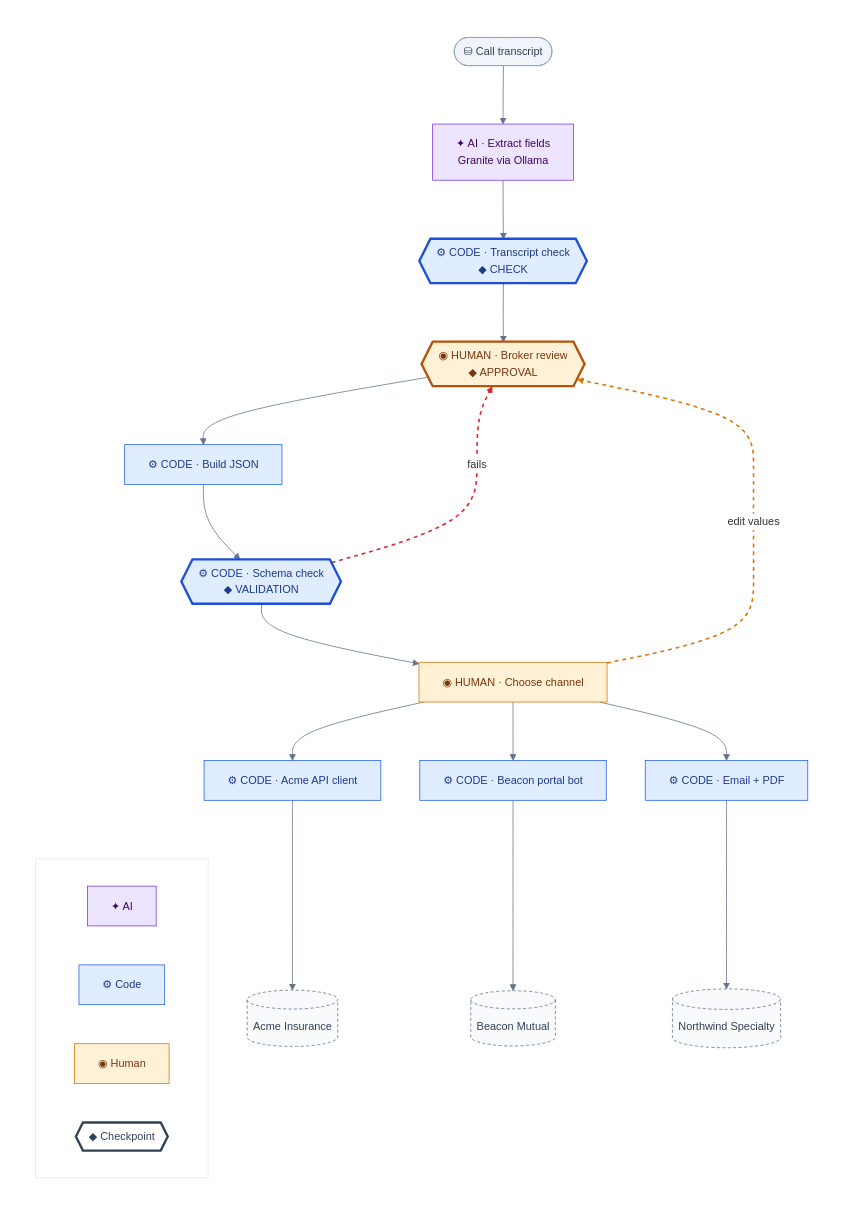
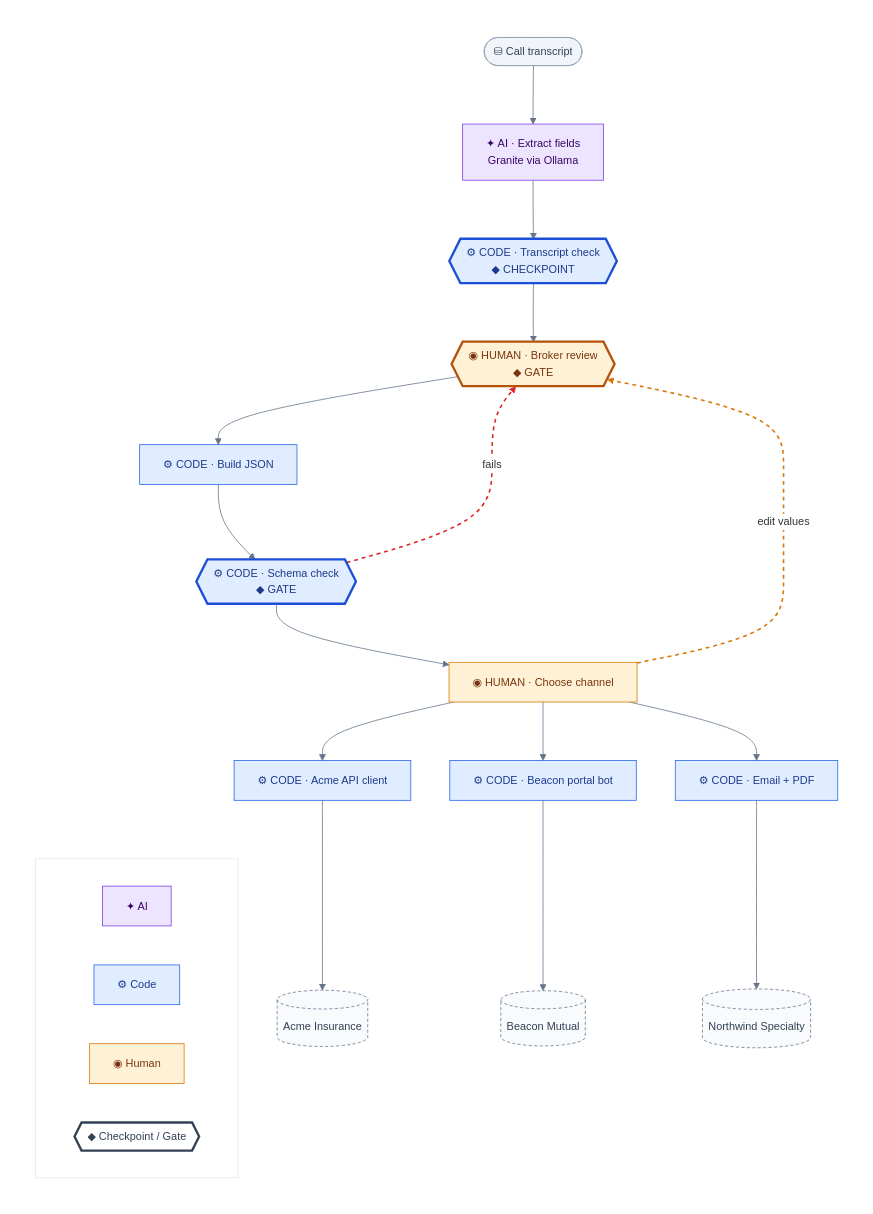
One commit to gyuszix/switchboard-lead-intake-demo changed the diagram in README.md. Above: the diagram before and after it, drawn with Mermaid. The commit also changed other lines of this file, not shown here.

````diff
--- a/README.md
+++ b/README.md
@@ -7,65 +7,65 @@
 ```mermaid
 %%{init: {"theme": "base", "themeVariables": {"fontFamily": "Inter, Helvetica, Arial, sans-serif", "lineColor": "#64748b", "fontSize": "14px", "edgeLabelBackground": "#ffffff", "textColor": "#334155"}}}%%
 flowchart LR
     subgraph CANVAS[" "]
         T([⛁ Call transcript])
         E[✦ AI · Extract fields<br/>Granite via Ollama]
-        TC{{⚙ CODE · Transcript check<br/>◆ CHECK}}
-        R{{◉ HUMAN · Broker review<br/>◆ APPROVAL}}
+        TC{{⚙ CODE · Transcript check<br/>◆ CHECKPOINT}}
+        R{{◉ HUMAN · Broker review<br/>◆ GATE}}
         B[⚙ CODE · Build JSON]
-        SC{{⚙ CODE · Schema check<br/>◆ VALIDATION}}
+        SC{{⚙ CODE · Schema check<br/>◆ GATE}}
         CH[◉ HUMAN · Choose channel]
         API[⚙ CODE · Acme API client]
         BOT[⚙ CODE · Beacon portal bot]
         EM[⚙ CODE · Email + PDF]
         ACME[(Acme Insurance)]
         BEACON[(Beacon Mutual)]
         NW[(Northwind Specialty)]
 
         T --> E
         E --> TC
         TC --> R
         R --> B
         B --> SC
         SC --> CH
         SC -. "fails" .-> R
         CH -. "edit values" .-> R
         CH --> API
         API --> ACME
         CH --> BOT
         BOT --> BEACON
         CH --> EM
         EM --> NW
 
         subgraph LEGEND[" "]
             direction LR
             L1[✦ AI]
             L2[⚙ Code]
             L3[◉ Human]
-            L4{{◆ Checkpoint}}
+            L4{{◆ Checkpoint / Gate}}
         end
     end
 
     classDef input fill:#f1f5f9,stroke:#94a3b8,color:#334155
     classDef ai fill:#ede4ff,stroke:#7c3aed,color:#3b0764
     classDef code fill:#e0ecff,stroke:#2563eb,color:#1e3a8a
     classDef codeCheck fill:#e0ecff,stroke:#1d4ed8,color:#1e3a8a,stroke-width:3px
     classDef human fill:#fff1d6,stroke:#d97706,color:#78350f
     classDef humanCheck fill:#fff1d6,stroke:#b45309,color:#78350f,stroke-width:3px
     classDef carrier fill:#f8fafc,stroke:#64748b,color:#334155,stroke-dasharray:4 3
     classDef legendCheck fill:#ffffff,stroke:#334155,color:#334155,stroke-width:3px
 
     class T input
     class E,L1 ai
     class B,API,BOT,EM,L2 code
     class TC,SC codeCheck
     class CH,L3 human
     class R humanCheck
     class ACME,BEACON,NW carrier
     class L4 legendCheck
 
     linkStyle 6 stroke:#dc2626,stroke-width:2px,stroke-dasharray:5 5
     linkStyle 7 stroke:#d97706,stroke-width:2px,stroke-dasharray:5 5
     style CANVAS fill:#ffffff,stroke:#ffffff
     style LEGEND fill:#ffffff,stroke:#e2e8f0
 ```
````
